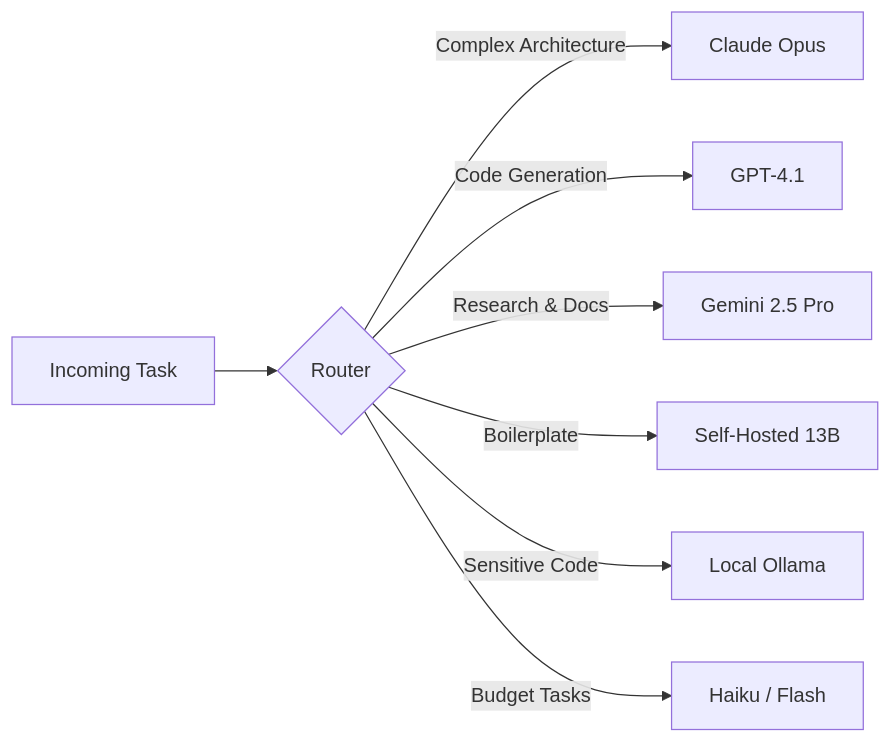
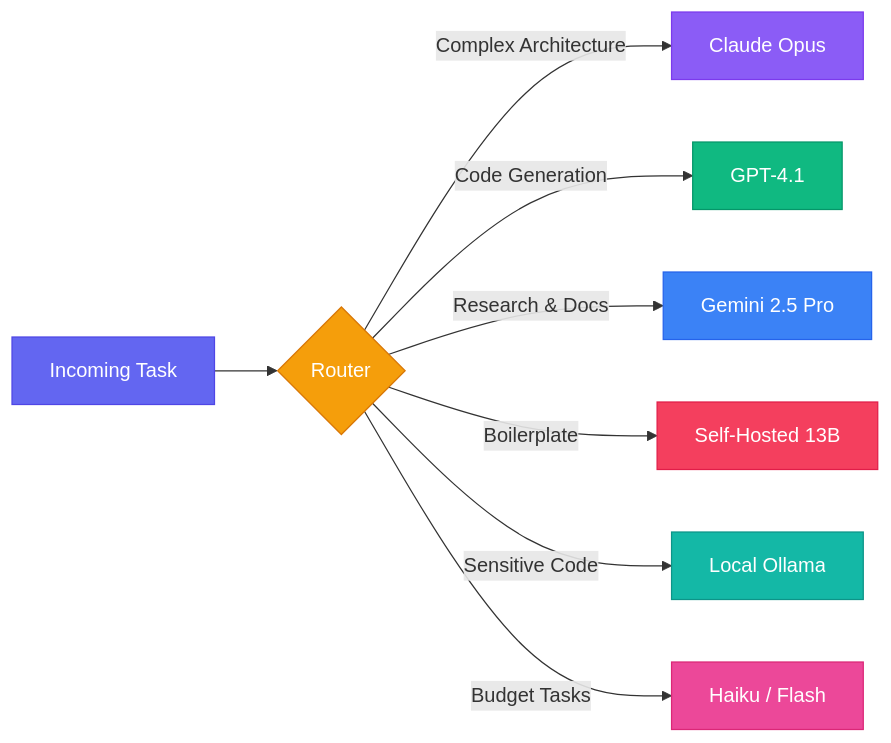
Before and after one commit to veerababumanyam/CodeBot: the second of 3 diagrams in README.md, drawn with Mermaid. The commit also changed other lines of this file, not shown here.

Commit message:
style(readme): add vibrant colors to Mermaid diagrams
Apply custom color palettes to all three Mermaid diagrams:
- Pie chart: 11 distinct slice colors with white text
- LLM routing flowchart: unique color per provider node
- 5-layer architecture: color-coded layers (indigo→rose→amber→emerald→blue)

All use white text on saturated backgrounds for contrast on both
dark and light GitHub themes.

````diff
--- a/README.md
+++ b/README.md
@@ -521,10 +522,19 @@
 ```mermaid
 graph LR
     A[Incoming Task] --> B{Router}
     B -->|Complex Architecture| C[Claude Opus]
     B -->|Code Generation| D[GPT-4.1]
     B -->|Research & Docs| E[Gemini 2.5 Pro]
     B -->|Boilerplate| F[Self-Hosted 13B]
     B -->|Sensitive Code| G[Local Ollama]
     B -->|Budget Tasks| H[Haiku / Flash]
+
+    style A fill:#6366F1,stroke:#4F46E5,color:#fff
+    style B fill:#F59E0B,stroke:#D97706,color:#fff
+    style C fill:#8B5CF6,stroke:#7C3AED,color:#fff
+    style D fill:#10B981,stroke:#059669,color:#fff
+    style E fill:#3B82F6,stroke:#2563EB,color:#fff
+    style F fill:#F43F5E,stroke:#E11D48,color:#fff
+    style G fill:#14B8A6,stroke:#0D9488,color:#fff
+    style H fill:#EC4899,stroke:#DB2777,color:#fff
 ```
````
